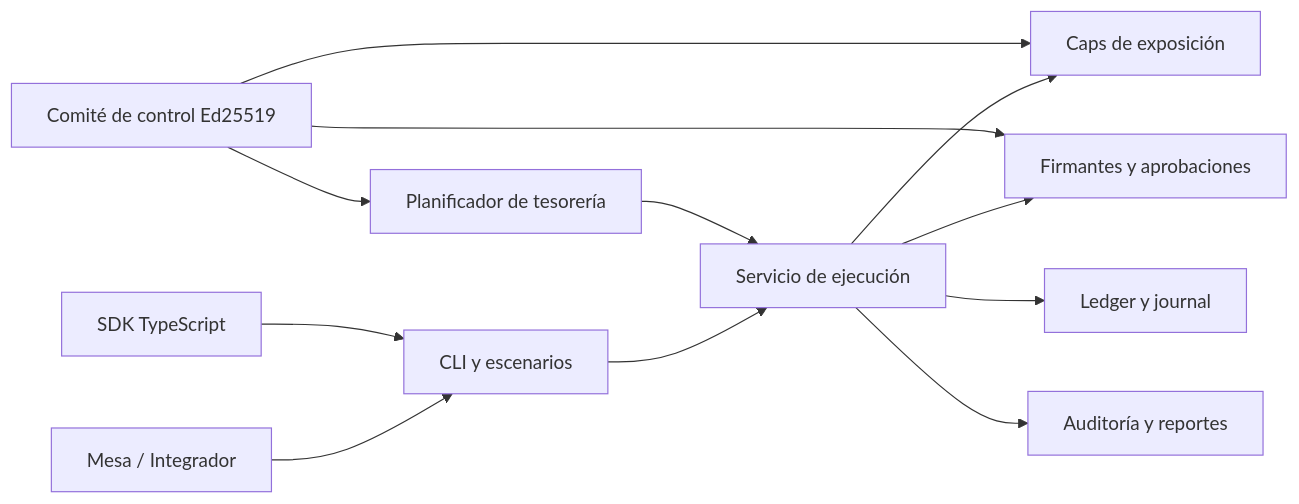
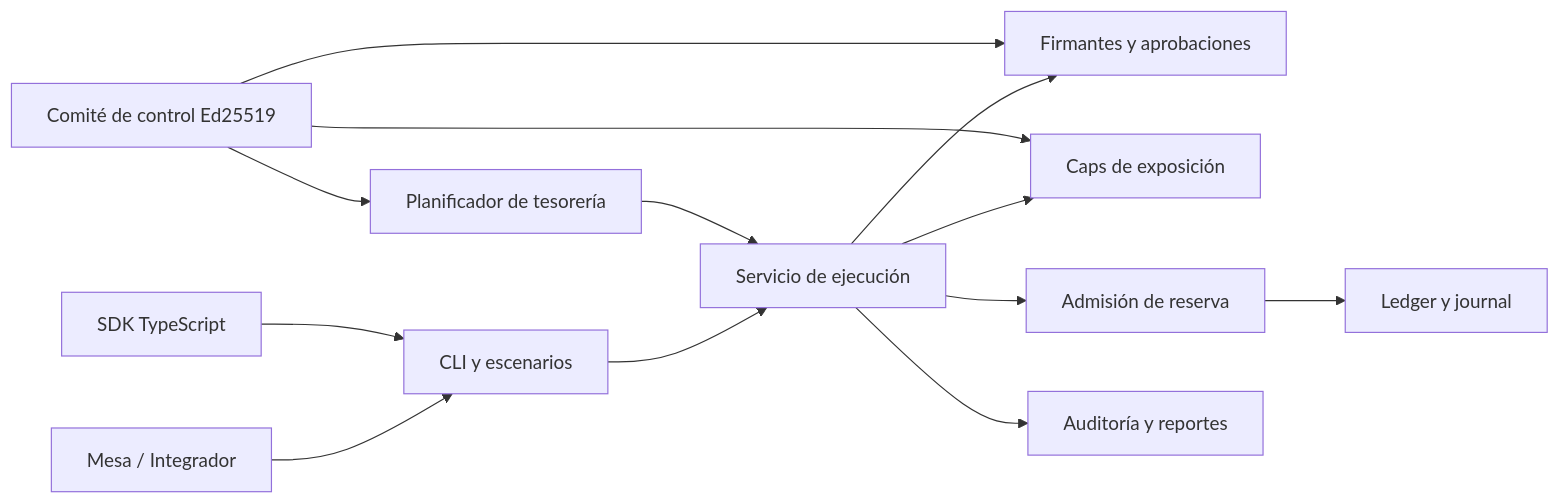
The first of 3 diagrams in README.md (SolguardLabs/BastilleDTL), drawn with Mermaid before and after one commit. The commit also changed other lines of this file and 23 other files, not shown here.

````diff
--- a/README.md
+++ b/README.md
@@ -31,14 +33,15 @@
 ```mermaid
 flowchart LR
     Client["Mesa / Integrador"] --> Scenario["CLI y escenarios"]
     Scenario --> Engine["Servicio de ejecución"]
     Engine --> Auth["Firmantes y aprobaciones"]
     Engine --> Exposure["Caps de exposición"]
-    Engine --> Ledger["Ledger y journal"]
+    Engine --> Reserve["Admisión de reserva"]
+    Reserve --> Ledger["Ledger y journal"]
     Engine --> Audit["Auditoría y reportes"]
     Treasury["Planificador de tesorería"] --> Engine
     Control["Comité de control Ed25519"] --> Exposure
     Control --> Auth
     Control --> Treasury
     SDK["SDK TypeScript"] --> Scenario
 ```
````
